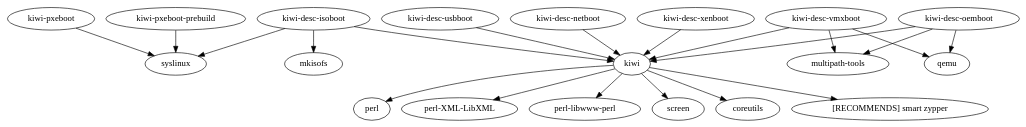
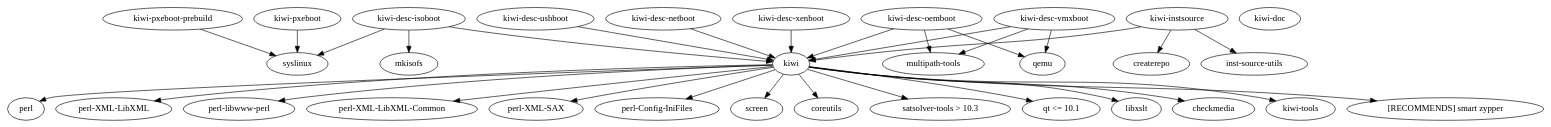
The diagram in .kiwi.dot (OSInside/kiwi-legacy), drawn with Graphviz before and after one commit. The commit also changed 10 other files, not shown here.

Commit message:
- added ifplugd to suse-11.1 examples - added versioned requires for kiwi-instsource - updated dotty dependency graph - make sure MBR disk labels starts with first byte > 0xf - make fdisk output part of the log file when oemboot   repartitions the disk

```diff
--- a/.kiwi.dot
+++ b/.kiwi.dot
@@ -1,30 +1,44 @@
 digraph kiwi {
 	"kiwi" -> "perl"
 	"kiwi" -> "perl-XML-LibXML"
 	"kiwi" -> "perl-libwww-perl"
+	"kiwi" -> "perl-XML-LibXML-Common"
+	"kiwi" -> "perl-XML-SAX"
+	"kiwi" -> "perl-Config-IniFiles"
 	"kiwi" -> "screen"
 	"kiwi" -> "coreutils"
-    "kiwi" -> "[RECOMMENDS] smart zypper"
+	"kiwi" -> "satsolver-tools > 10.3"
+	"kiwi" -> "qt <= 10.1"
+	"kiwi" -> "libxslt"
+	"kiwi" -> "checkmedia"
+	"kiwi" -> "kiwi-tools"
+	"kiwi" -> "[RECOMMENDS] smart zypper"
 
 	"kiwi-pxeboot" -> "syslinux"
 
 	"kiwi-pxeboot-prebuild" -> "syslinux"
 
 	"kiwi-desc-isoboot" -> "kiwi"
 	"kiwi-desc-isoboot" -> "syslinux"
 	"kiwi-desc-isoboot" -> "mkisofs"
 
 	"kiwi-desc-usbboot" -> "kiwi"
 
 	"kiwi-desc-vmxboot" -> "kiwi"
 	"kiwi-desc-vmxboot" -> "qemu"
 	"kiwi-desc-vmxboot" -> "multipath-tools"
 
 	"kiwi-desc-netboot" -> "kiwi"
 
 	"kiwi-desc-xenboot" -> "kiwi"
 
 	"kiwi-desc-oemboot" -> "kiwi"
 	"kiwi-desc-oemboot" -> "qemu"
-    "kiwi-desc-oemboot" -> "multipath-tools"
+	"kiwi-desc-oemboot" -> "multipath-tools"
+
+	"kiwi-doc"
+
+	"kiwi-instsource" -> "kiwi"
+	"kiwi-instsource" -> "inst-source-utils"
+	"kiwi-instsource" -> "createrepo"
 }
```
